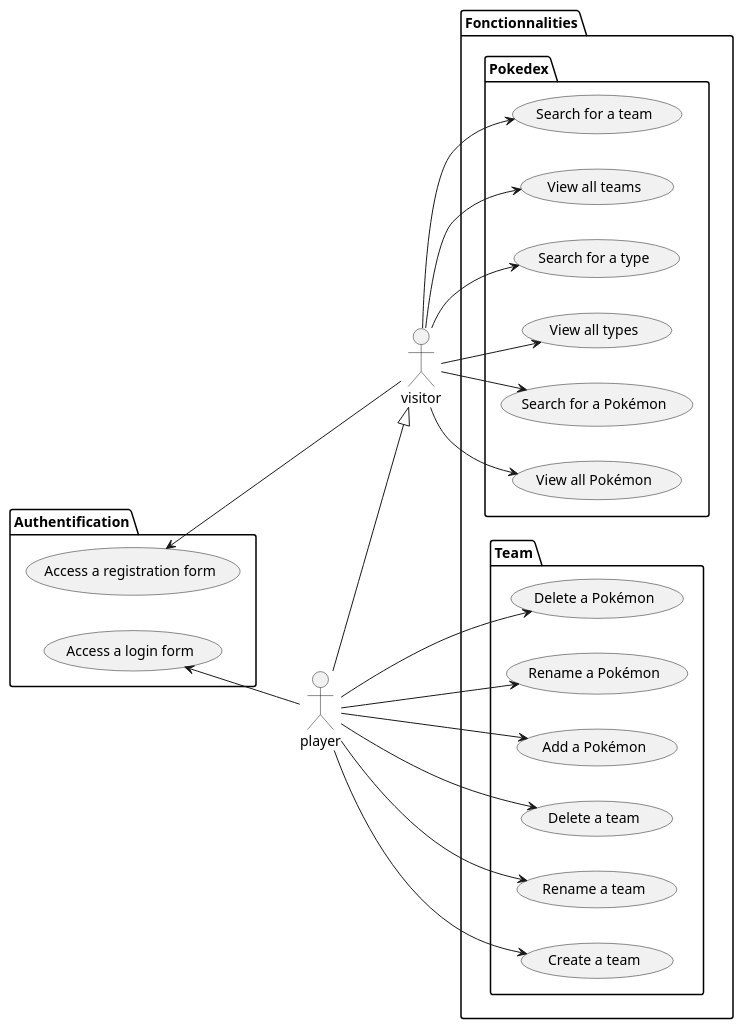
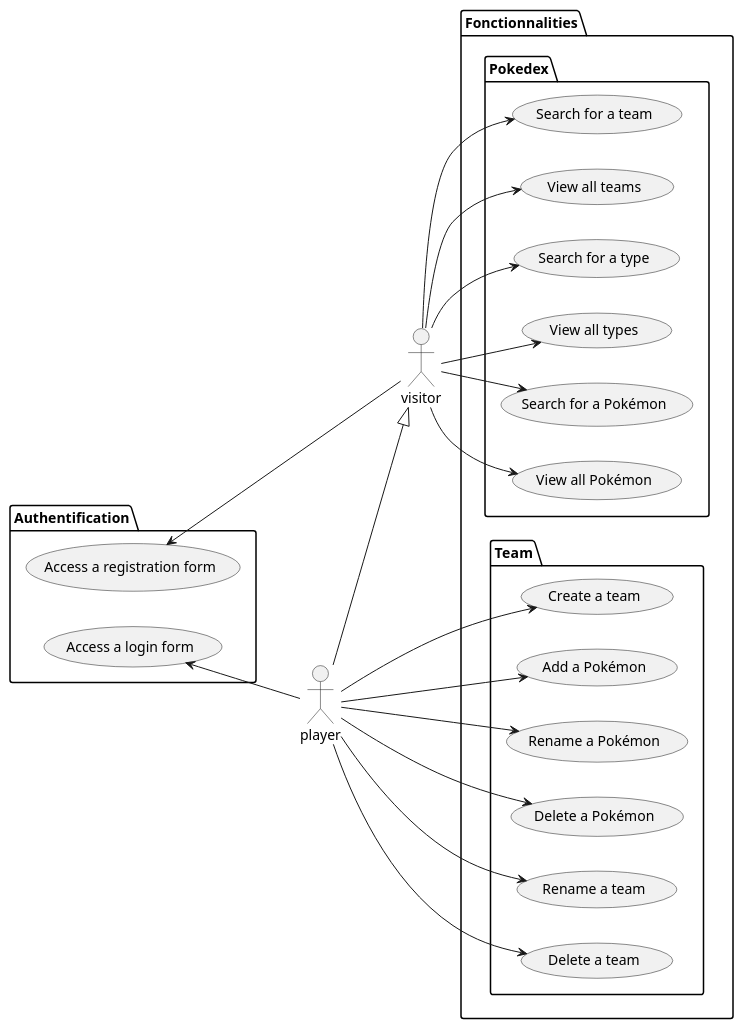
Before and after one commit to amelia-decobert/pokedex: the diagram in conception/uml/usecase.puml, drawn with PlantUML.

Commit message:
update : usecase uml details for better visibility

```diff
--- a/conception/uml/usecase.puml
+++ b/conception/uml/usecase.puml
@@ -1,50 +1,50 @@
 @startuml usecase
 
 left to right direction
 
 :visitor: as v
 :player: as p
 
 p --|> v
 
 package Authentification {
     usecase "Access a login form" as alf
     usecase "Access a registration form" as arf
 }
 
-package "Fonctionnalities" {
+package Fonctionnalities {
     package Pokedex {
         usecase "Search for a team" as sfatm
         usecase "View all teams" as vatm
         usecase "Search for a type" as sfatp
         usecase "View all types" as vatp
         usecase "Search for a Pokémon" as sfap
         usecase "View all Pokémon" as vap
     }
 
     package Team {
+        usecase "Create a team" as cat
+        usecase "Add a Pokémon" as ap
+        usecase "Rename a Pokémon" as rap
         usecase "Delete a Pokémon" as dap
-        usecase "Rename a Pokémon" as rap
-        usecase "Add a Pokémon" as ap
+        usecase "Rename a team" as rat
         usecase "Delete a team" as dat
-        usecase "Rename a team" as rat
-        usecase "Create a team" as cat
     }
 }
 
 v --> sfatm
 v -->vatm
 v --> sfatp
 v --> vatp
 v --> sfap
 v --> vap
 v -up-> arf
 
 p -up-> alf
+p -->cat
+p --> ap
+p --> rap
 p --> dap
-p --> rap
-p --> ap
+p --> rat
 p --> dat
-p --> rat
-p -->cat
 @endum
```
